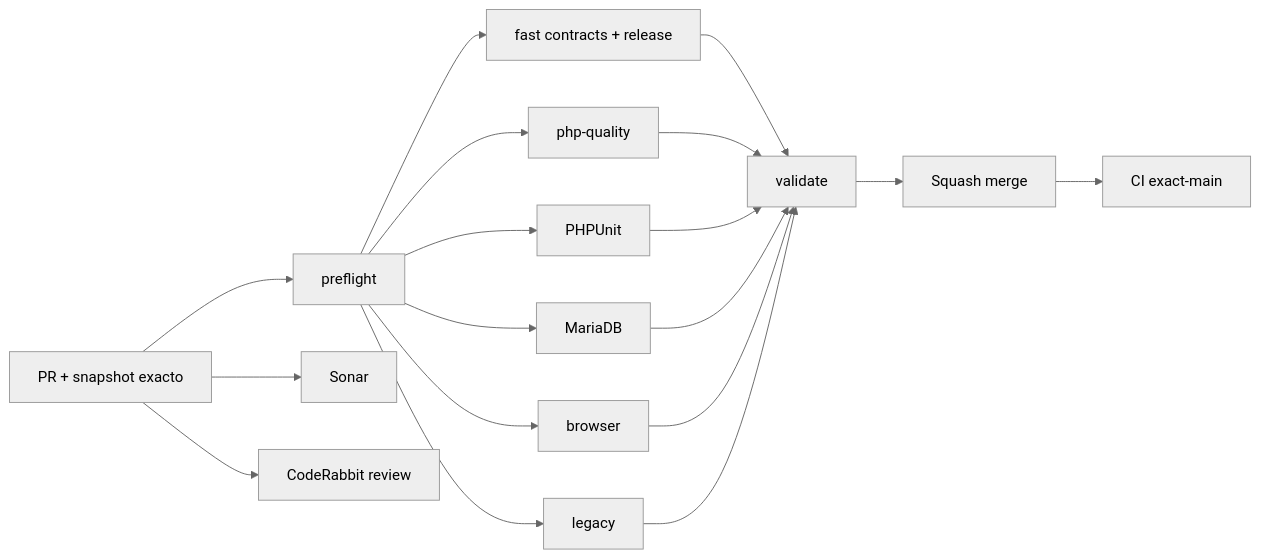
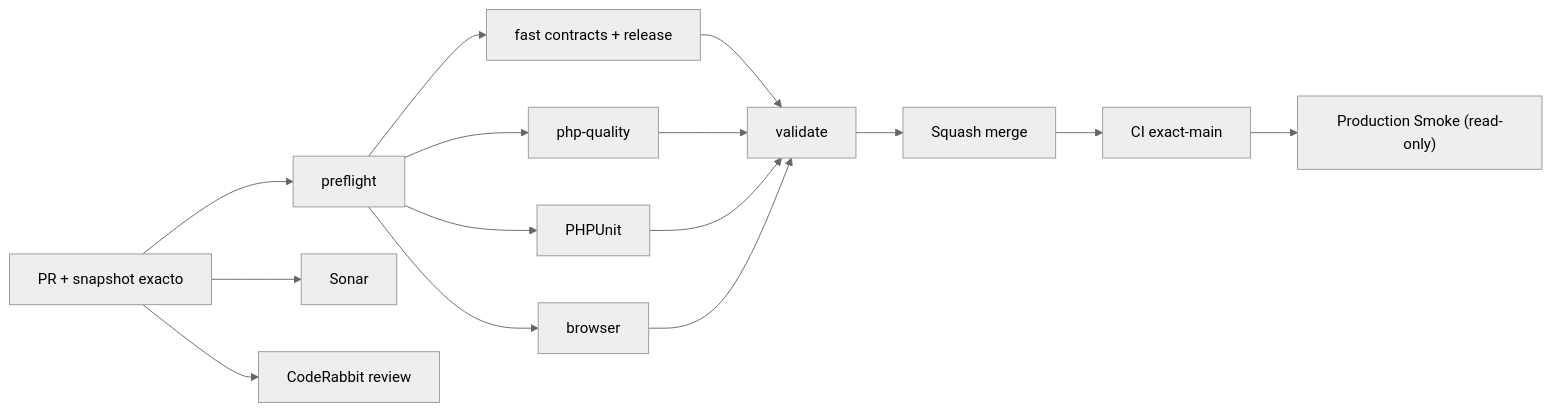
The diagram in README.md (pl0n3r/GrindFlow), drawn with Mermaid (neutral theme) before and after one commit. The commit also changed other lines of this file, not shown here.

Commit message:
docs(release): describe v0.1.17 production smoke and exact delivery scope

````diff
--- a/README.md
+++ b/README.md
@@ -52,20 +52,17 @@
 ```mermaid
 flowchart LR
  A["PR + snapshot exacto"] --> P["preflight"]
  P --> F["fast contracts + release"]
  P --> Q["php-quality"]
  P --> T["PHPUnit"]
- P --> D["MariaDB"]
  P --> B["browser"]
- P --> L["legacy"]
  A --> S["Sonar"]
  A --> C["CodeRabbit review"]
  F --> V["validate"]
  Q --> V
  T --> V
- D --> V
  B --> V
- L --> V
  V --> M["Squash merge"]
  M --> X["CI exact-main"]
+ X --> Y["Production Smoke (read-only)"]
 ```
````
